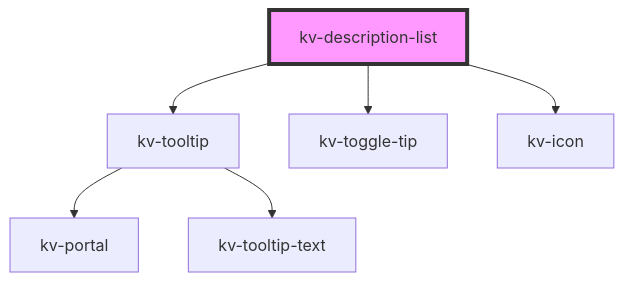
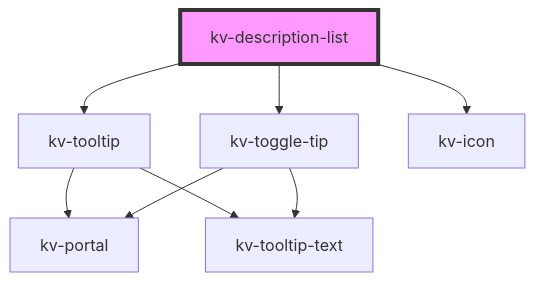
One commit to kelvininc/ui-components changed the diagram in packages/ui-components/src/components/description-list/readme.md. Above: the diagram before and after it, drawn with Mermaid. The commit also changed 72 other files, not shown here.

First line of the commit message:
refactor(toggle-tip, dropdown)!: use portal to show floating content

````diff
--- a/packages/ui-components/src/components/description-list/readme.md
+++ b/packages/ui-components/src/components/description-list/readme.md
@@ -175,9 +175,11 @@
 ```mermaid
 graph TD;
   kv-description-list --> kv-tooltip
   kv-description-list --> kv-toggle-tip
   kv-description-list --> kv-icon
   kv-tooltip --> kv-portal
   kv-tooltip --> kv-tooltip-text
+  kv-toggle-tip --> kv-portal
+  kv-toggle-tip --> kv-tooltip-text
   style kv-description-list fill:#f9f,stroke:#333,stroke-width:4px
 ```
````
